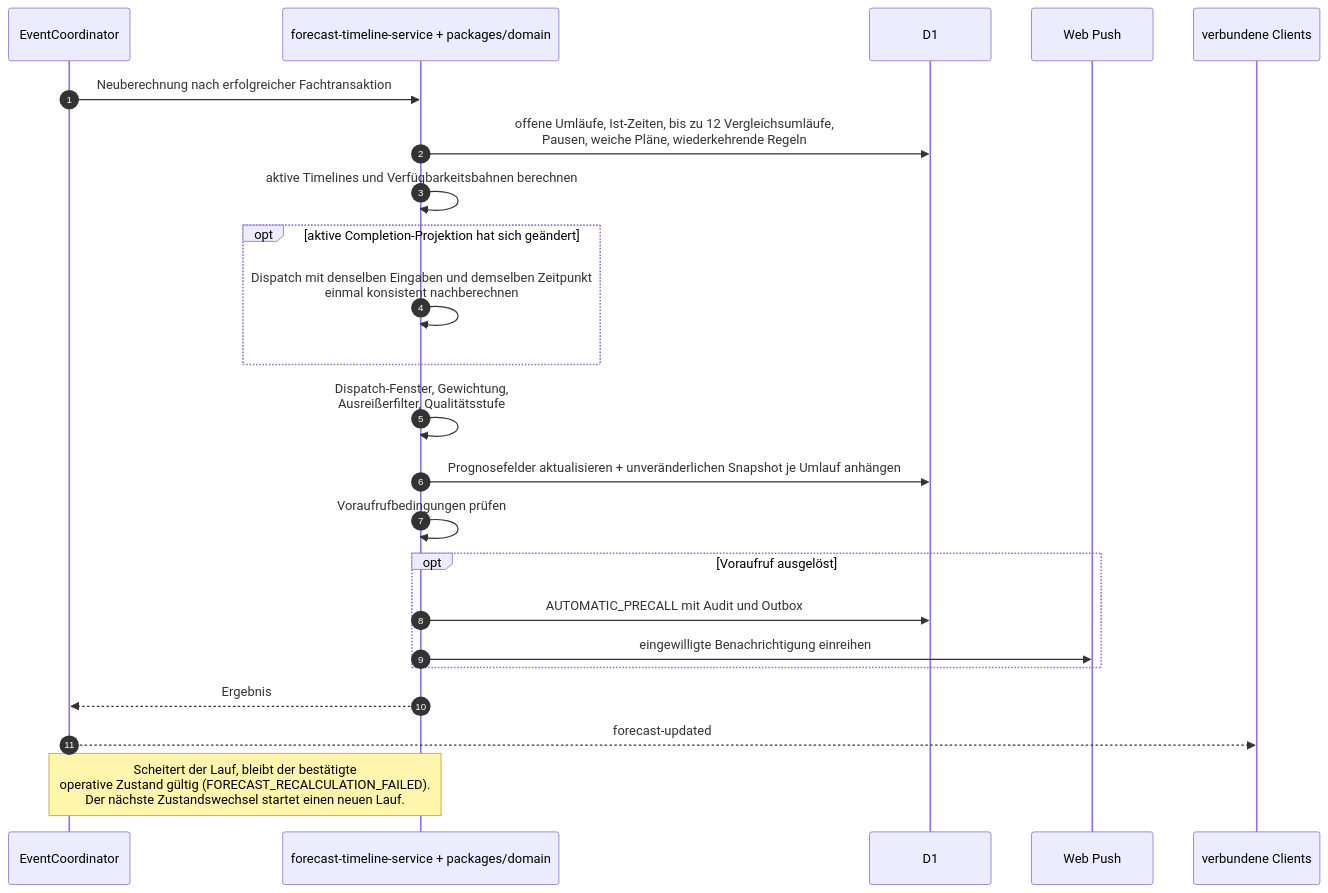
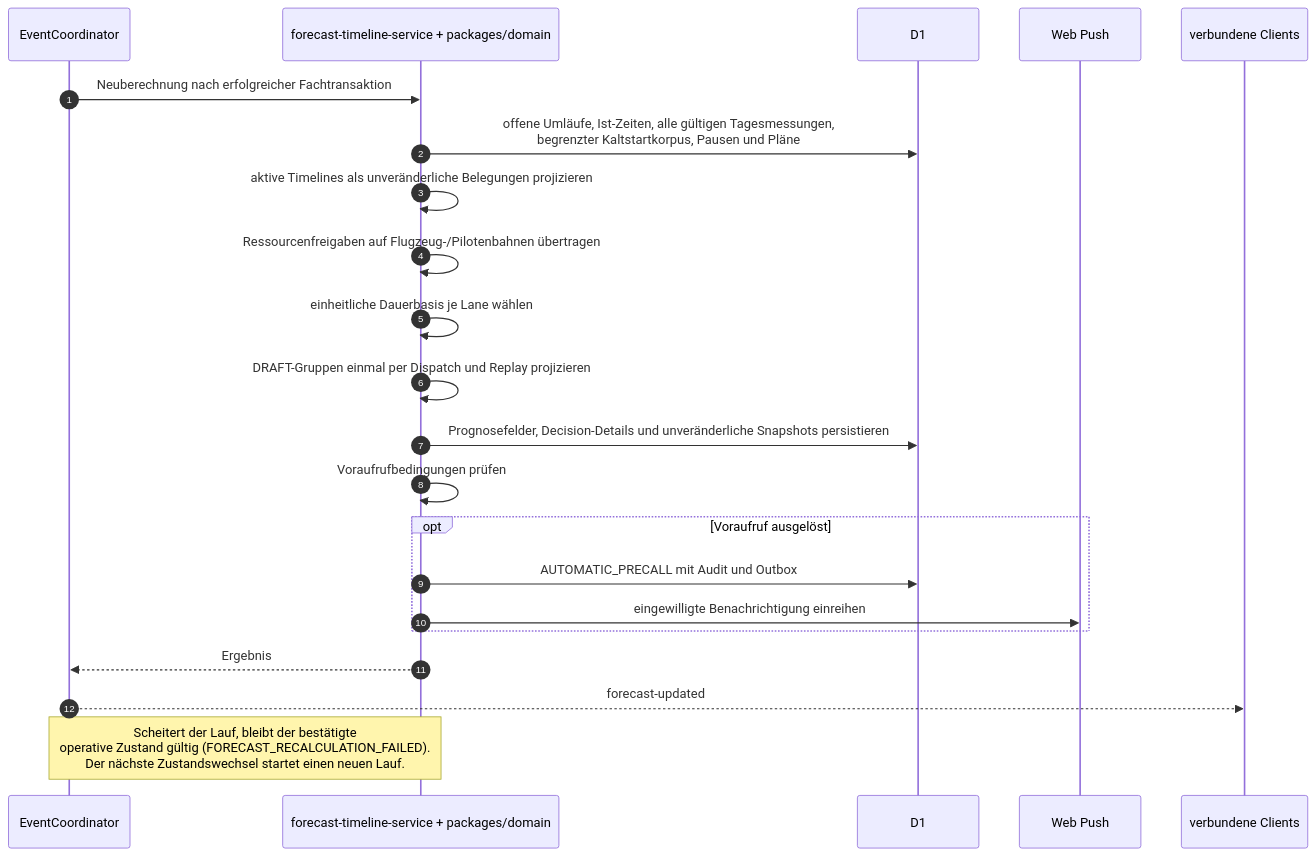
Before and after one commit to aguther/rundflug-leitstand: the third of 9 diagrams in docs/architecture/arc42/06-laufzeitsicht.md, drawn with Mermaid. The commit also changed other lines of this file and 71 other files, not shown here.

````diff
--- a/docs/architecture/arc42/06-laufzeitsicht.md
+++ b/docs/architecture/arc42/06-laufzeitsicht.md
@@ -67,26 +67,25 @@
 ```mermaid
 sequenceDiagram
     autonumber
     participant DO as EventCoordinator
     participant F as forecast-timeline-service + packages/domain
     participant D as D1
     participant P as Web Push
     participant C as verbundene Clients
 
     DO->>F: Neuberechnung nach erfolgreicher Fachtransaktion
-    F->>D: offene Umläufe, Ist-Zeiten, bis zu 12 Vergleichsumläufe,<br/>Pausen, weiche Pläne, wiederkehrende Regeln
-    F->>F: aktive Timelines und Verfügbarkeitsbahnen berechnen
-    opt aktive Completion-Projektion hat sich geändert
-        F->>F: Dispatch mit denselben Eingaben und demselben Zeitpunkt<br/>einmal konsistent nachberechnen
-    end
-    F->>F: Dispatch-Fenster, Gewichtung,<br/>Ausreißerfilter, Qualitätsstufe
-    F->>D: Prognosefelder aktualisieren + unveränderlichen Snapshot je Umlauf anhängen
+    F->>D: offene Umläufe, Ist-Zeiten, alle gültigen Tagesmessungen,<br/>begrenzter Kaltstartkorpus, Pausen und Pläne
+    F->>F: aktive Timelines als unveränderliche Belegungen projizieren
+    F->>F: Ressourcenfreigaben auf Flugzeug-/Pilotenbahnen übertragen
+    F->>F: einheitliche Dauerbasis je Lane wählen
+    F->>F: DRAFT-Gruppen einmal per Dispatch und Replay projizieren
+    F->>D: Prognosefelder, Decision-Details und unveränderliche Snapshots persistieren
     F->>F: Voraufrufbedingungen prüfen
     opt Voraufruf ausgelöst
         F->>D: AUTOMATIC_PRECALL mit Audit und Outbox
         F->>P: eingewilligte Benachrichtigung einreihen
     end
     F-->>DO: Ergebnis
     DO-->>C: forecast-updated
     Note over F,DO: Scheitert der Lauf, bleibt der bestätigte<br/>operative Zustand gültig (FORECAST_RECALCULATION_FAILED).<br/>Der nächste Zustandswechsel startet einen neuen Lauf.
 ```
````
